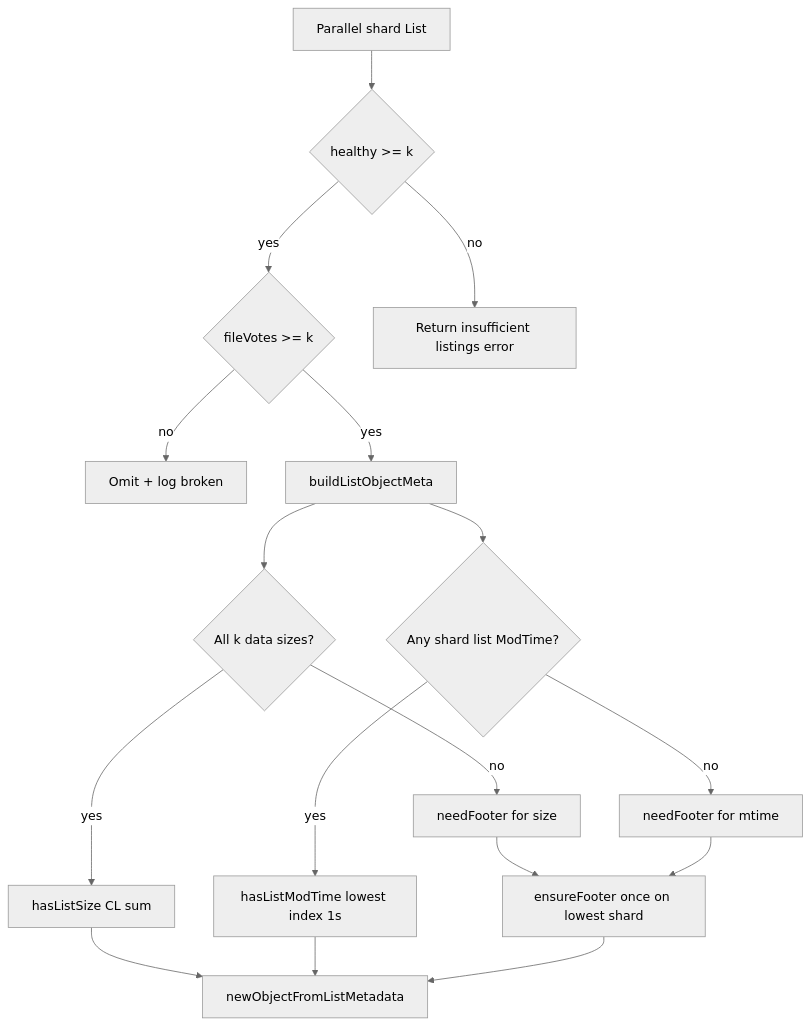
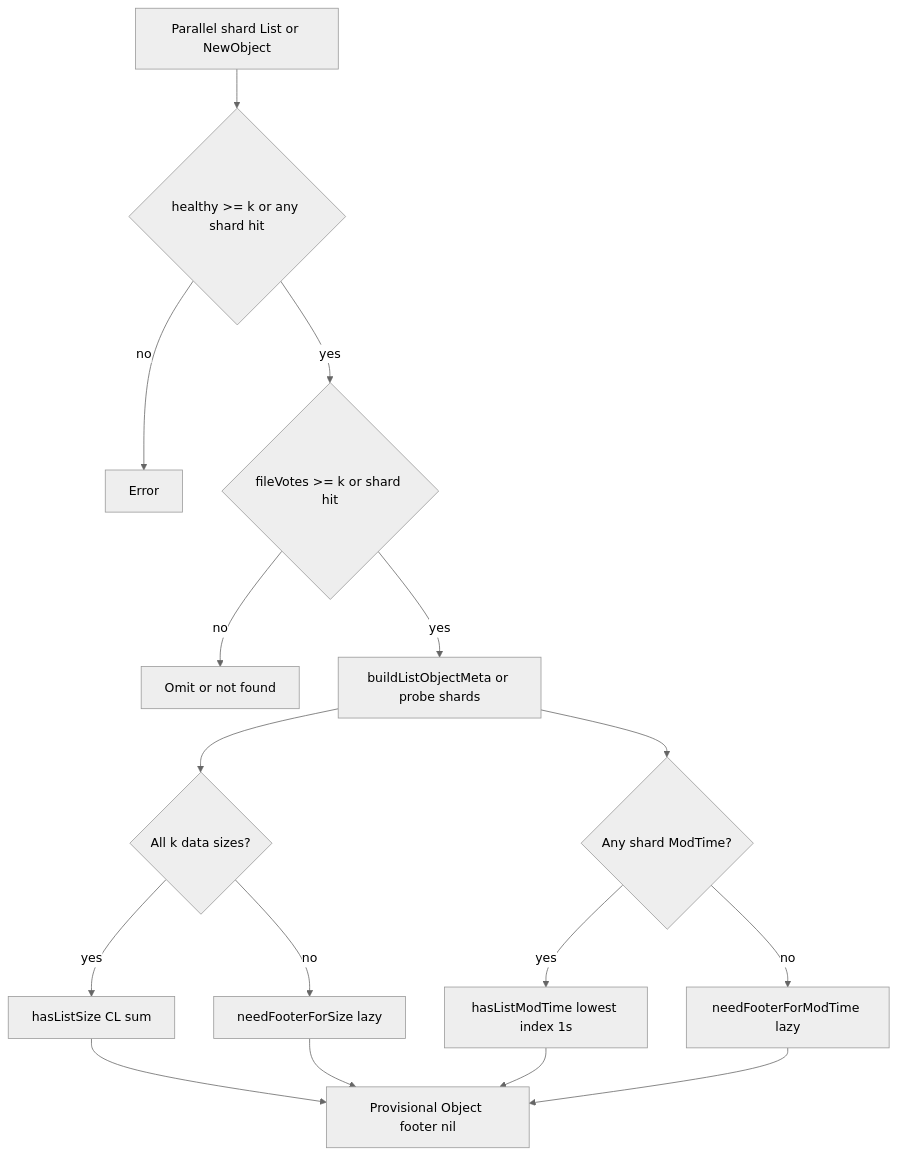
One commit to rclone/rclone changed the diagram in backend/rs/docs/LIST_METADATA.md. Above: the diagram before and after it, drawn with Mermaid (neutral theme). The commit also changed other lines of this file and 10 other files, not shown here.

First line of the commit message:
rs: lazy metadata from shard remotes; cheap SetModTime and heal mtime

````diff
--- a/backend/rs/docs/LIST_METADATA.md
+++ b/backend/rs/docs/LIST_METADATA.md
@@ -98,33 +149,31 @@
 ```mermaid
 flowchart TD
-  parallelList[Parallel shard List]
-  dirOk{healthy >= k}
-  quorum{fileVotes >= k}
-  broken[Omit + log broken]
-  gather[buildListObjectMeta]
+  parallelList[Parallel shard List or NewObject]
+  dirOk{healthy >= k or any shard hit}
+  quorum{fileVotes >= k or shard hit}
+  broken[Omit or not found]
+  gather[buildListObjectMeta or probe shards]
   sizePath{All k data sizes?}
   cl[hasListSize CL sum]
-  needFooterSize[needFooter for size]
-  mtimePick{Any shard list ModTime?}
+  needFooterSize[needFooterForSize lazy]
+  mtimePick{Any shard ModTime?}
   pick[hasListModTime lowest index 1s]
-  needFooterMtime[needFooter for mtime]
-  footerOnce[ensureFooter once on lowest shard]
-  obj[newObjectFromListMetadata]
+  needFooterMtime[needFooterForModTime lazy]
+  obj[Provisional Object footer nil]
 
   parallelList --> dirOk
-  dirOk -->|no| dirErr[Return insufficient listings error]
+  dirOk -->|no| dirErr[Error]
   dirOk -->|yes| quorum
   quorum -->|no| broken
   quorum -->|yes| gather
   gather --> sizePath
   sizePath -->|yes| cl
   sizePath -->|no| needFooterSize
   gather --> mtimePick
   mtimePick -->|yes| pick
   mtimePick -->|no| needFooterMtime
-  needFooterSize --> footerOnce
-  needFooterMtime --> footerOnce
   cl --> obj
   pick --> obj
-  footerOnce --> obj
+  needFooterSize --> obj
+  needFooterMtime --> obj
 ```
````
